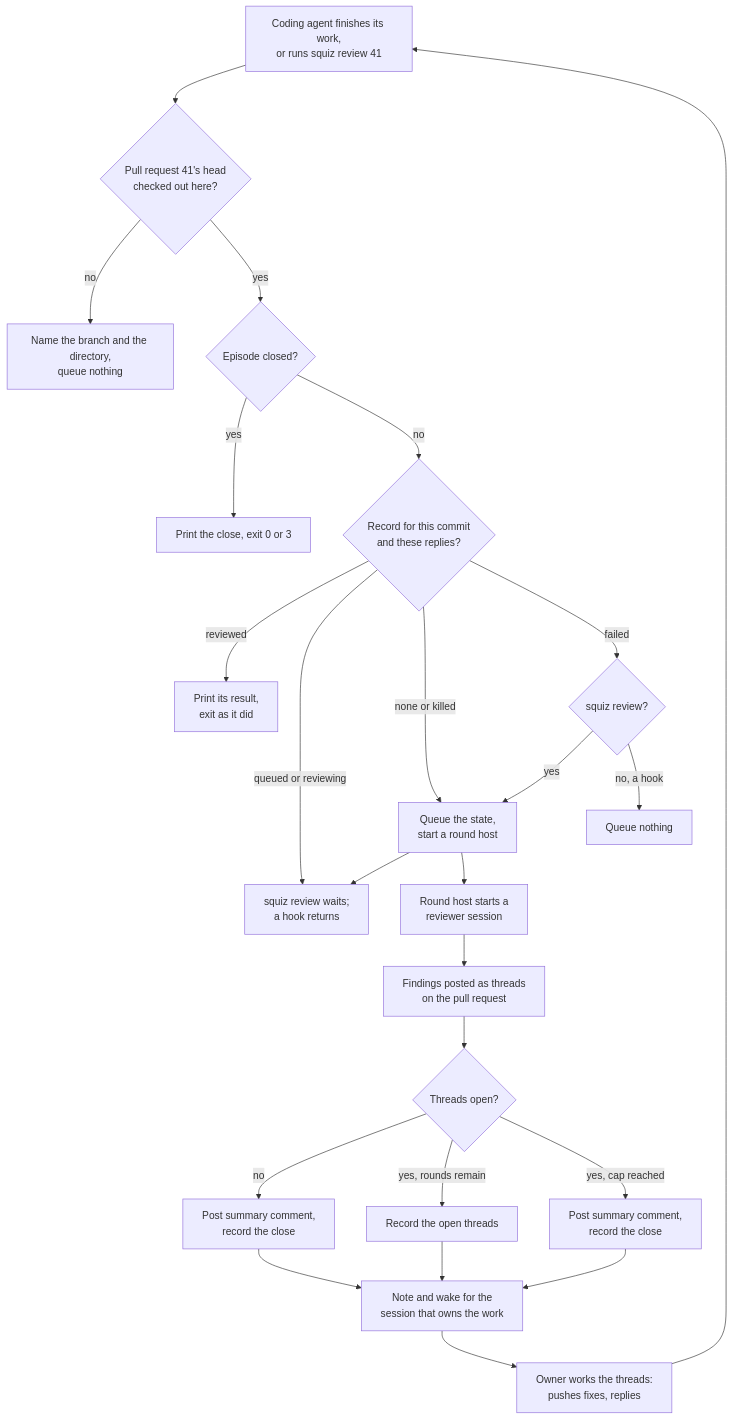
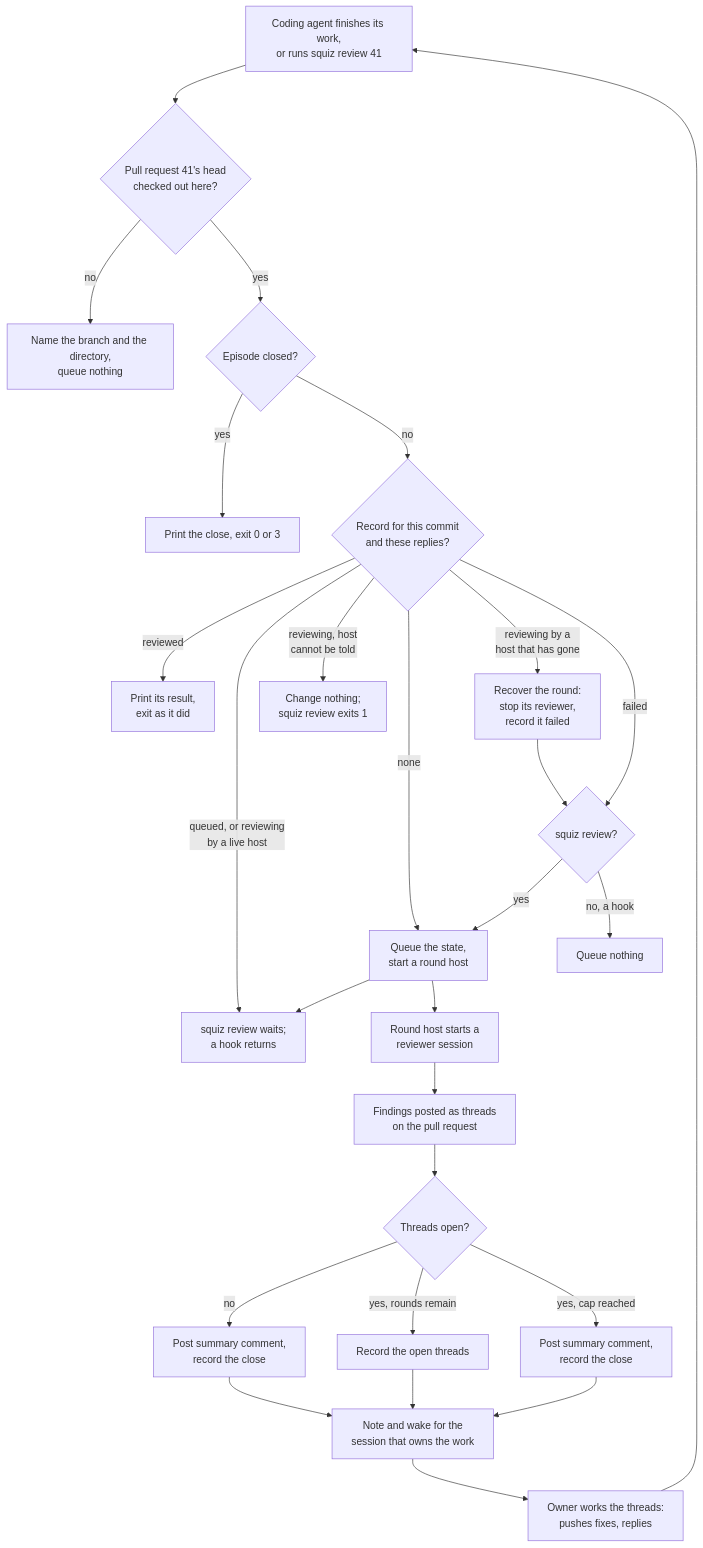
Before and after one commit to jacygao/squiz: the first of 2 diagrams in docs/specs/review-harness-spec.md, drawn with Mermaid. The commit also changed other lines of this file, not shown here.

Commit message:
Send a killed round through recovery and the failed-state rule in the flowchart
A reviewing record whose host has gone is recovered, which records it
failed, and is then handled as a failed state: squiz review queues it
and a hook does not. The chart also shows the host that cannot be told.

````diff
--- a/docs/specs/review-harness-spec.md
+++ b/docs/specs/review-harness-spec.md
@@ -346,26 +346,29 @@
 ```mermaid
 flowchart TD
     A[Coding agent finishes its work,<br/>or runs squiz review 41] --> C{Pull request 41's head<br/>checked out here?}
     C -->|no| L[Name the branch and the directory,<br/>queue nothing]
     C -->|yes| K{Episode closed?}
     K -->|yes| D[Print the close, exit 0 or 3]
     K -->|no| R{Record for this commit<br/>and these replies?}
     R -->|reviewed| P[Print its result,<br/>exit as it did]
-    R -->|queued or reviewing| W[squiz review waits;<br/>a hook returns]
-    R -->|none or killed| Q[Queue the state,<br/>start a round host]
+    R -->|queued, or reviewing<br/>by a live host| W[squiz review waits;<br/>a hook returns]
+    R -->|reviewing, host<br/>cannot be told| U[Change nothing;<br/>squiz review exits 1]
+    R -->|none| Q[Queue the state,<br/>start a round host]
+    R -->|reviewing by a<br/>host that has gone| V[Recover the round:<br/>stop its reviewer,<br/>record it failed]
+    V --> X
     R -->|failed| X{squiz review?}
     X -->|yes| Q
     X -->|no, a hook| Y[Queue nothing]
     Q --> W
     Q --> H[Round host starts a<br/>reviewer session]
     H --> F[Findings posted as threads<br/>on the pull request]
     F --> G{Threads open?}
     G -->|no| I[Post summary comment,<br/>record the close]
     G -->|yes, rounds remain| M[Record the open threads]
     G -->|yes, cap reached| J[Post summary comment,<br/>record the close]
     I --> N[Note and wake for the<br/>session that owns the work]
     M --> N
     J --> N
     N --> O[Owner works the threads:<br/>pushes fixes, replies]
     O --> A
 ```
````
